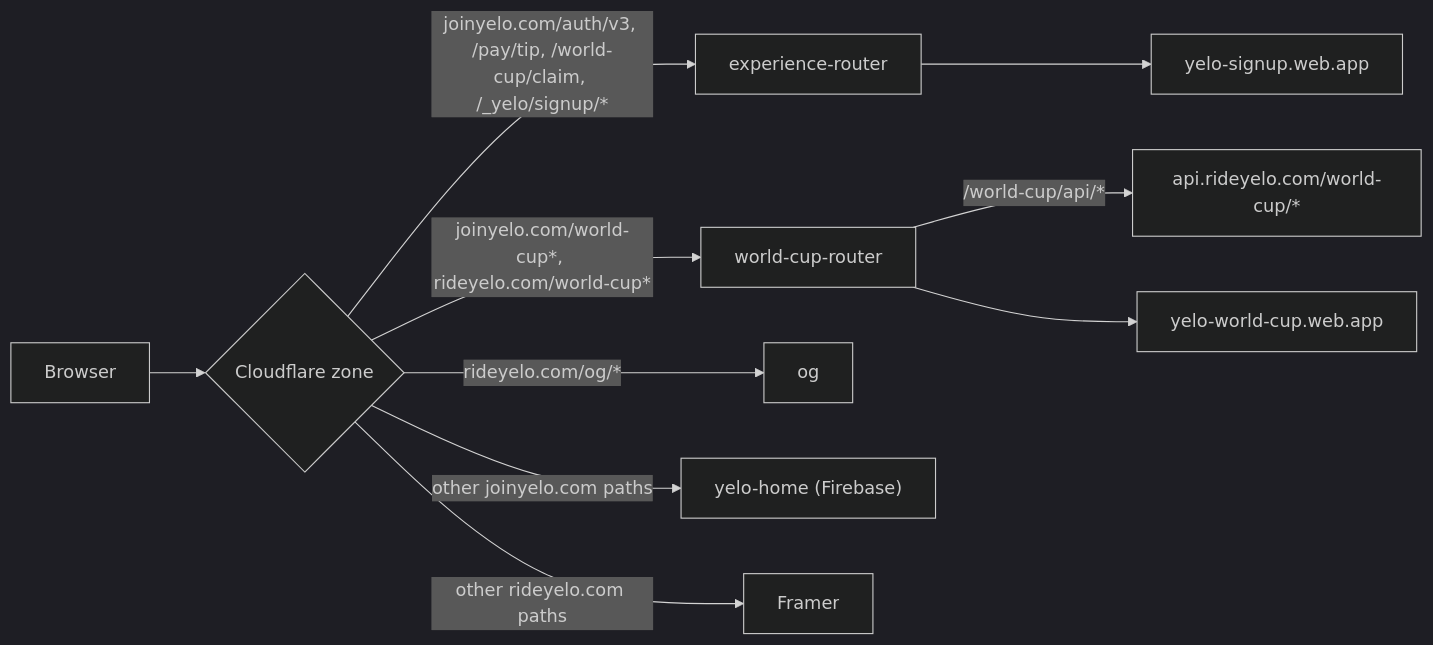
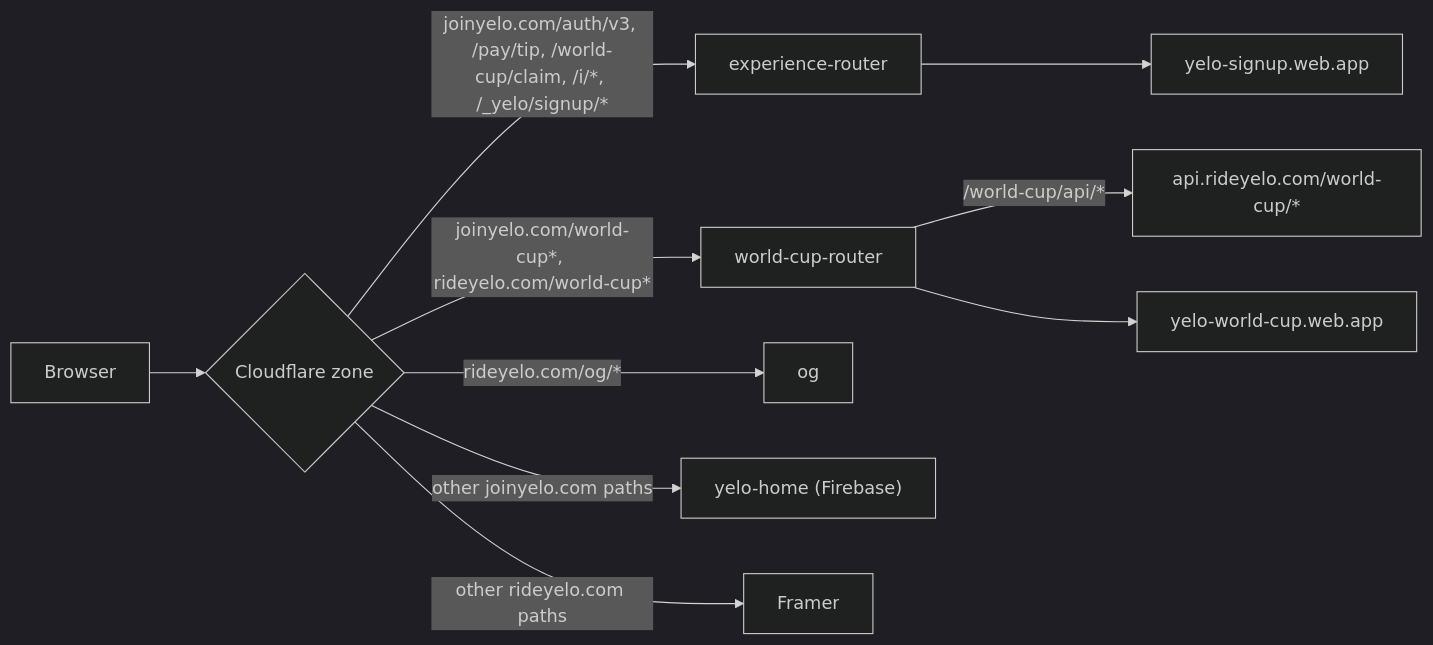
One commit to rideyelo/docs changed the diagram in engineering/web/edge-and-routing.mdx. Above: the diagram before and after it, drawn with Mermaid (dark theme). The commit also changed other lines of this file and 21 other files, not shown here.

````diff
--- a/engineering/web/edge-and-routing.mdx
+++ b/engineering/web/edge-and-routing.mdx
@@ -21,12 +21,12 @@
 ```mermaid
 flowchart LR
   U["Browser"] --> CF{"Cloudflare zone"}
-  CF -->|"joinyelo.com/auth/v3, /pay/tip, /world-cup/claim, /_yelo/signup/*"| ER["experience-router"]
+  CF -->|"joinyelo.com/auth/v3, /pay/tip, /world-cup/claim, /i/*, /_yelo/signup/*"| ER["experience-router"]
   CF -->|"joinyelo.com/world-cup*, rideyelo.com/world-cup*"| WR["world-cup-router"]
   CF -->|"rideyelo.com/og/*"| OG["og"]
   CF -->|"other joinyelo.com paths"| HOME["yelo-home (Firebase)"]
   CF -->|"other rideyelo.com paths"| FR["Framer"]
   ER --> SU["yelo-signup.web.app"]
   WR -->|"/world-cup/api/*"| API["api.rideyelo.com/world-cup/*"]
   WR --> WC["yelo-world-cup.web.app"]
 ```
````
